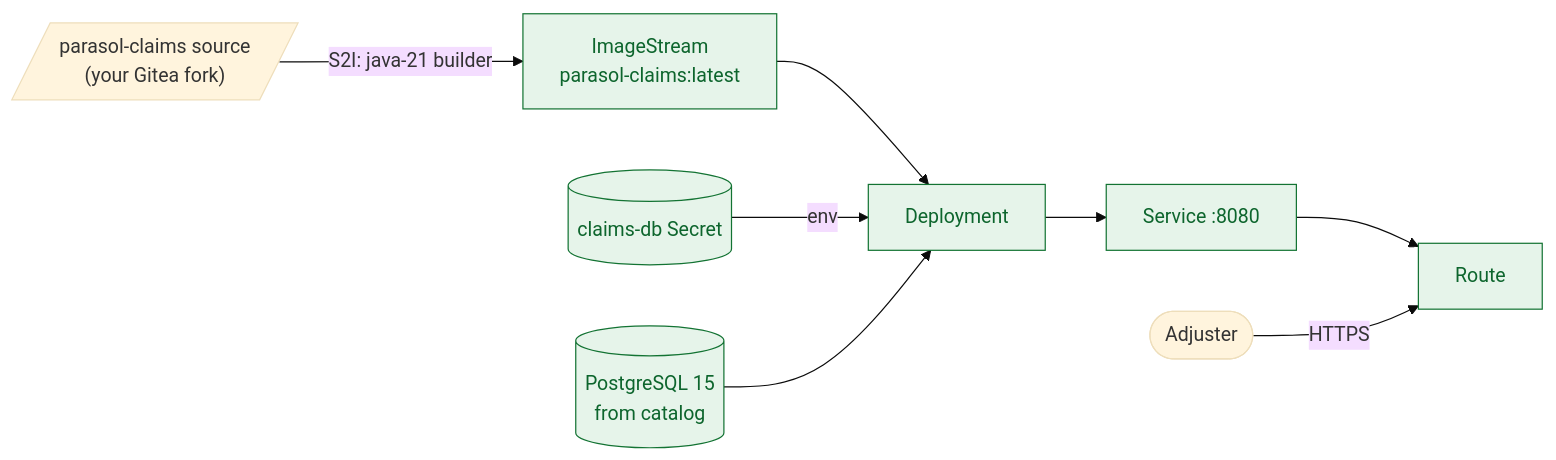
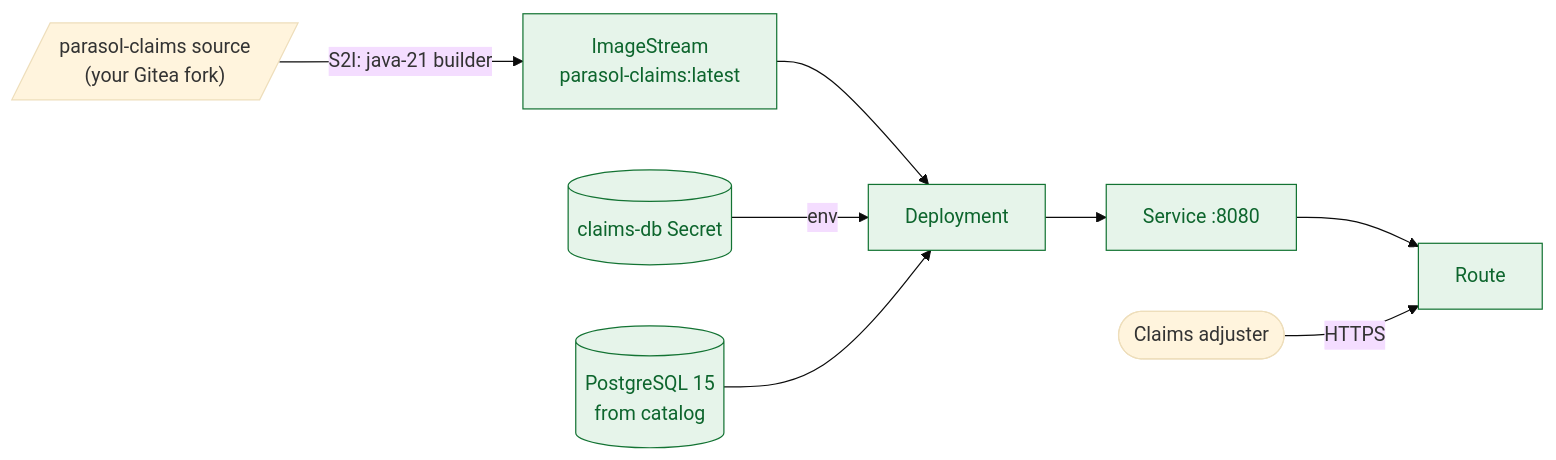
Before and after one commit to serhat-dirik/OCP-Getting-Started-Revamped: the diagram in content/modules/ROOT/pages/m02-build-deliver/wrapup.adoc, drawn with Mermaid (base theme). The commit also changed other lines of this file and 7 other files, not shown here.

```diff
--- a/content/modules/ROOT/pages/m02-build-deliver/wrapup.adoc
+++ b/content/modules/ROOT/pages/m02-build-deliver/wrapup.adoc
@@ -10,12 +10,12 @@
 [mermaid]
 ....
 graph LR
   SRC[/"parasol-claims source<br/>(your Gitea fork)"/] -->|"S2I: java-21 builder"| IMG[ImageStream<br/>parasol-claims:latest]
   IMG --> DEP[Deployment]
   SEC[(claims-db Secret)] -->|env| DEP
   DB[(PostgreSQL 15<br/>from catalog)] --> DEP
   DEP --> SVC[Service :8080] --> RT[Route]
-  USER([Adjuster]) -->|HTTPS| RT
+  USER([Claims adjuster]) -->|HTTPS| RT
   classDef done fill:#e6f4ea,stroke:#137333,color:#0d652d;
   class IMG,DEP,SVC,RT,DB,SEC done;
 ....
```
